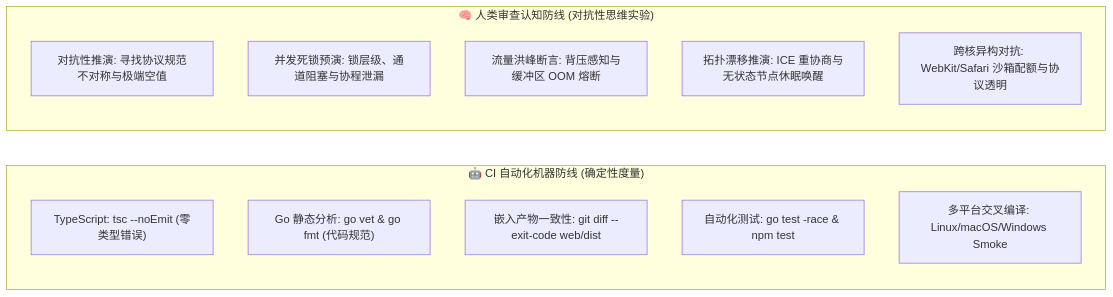
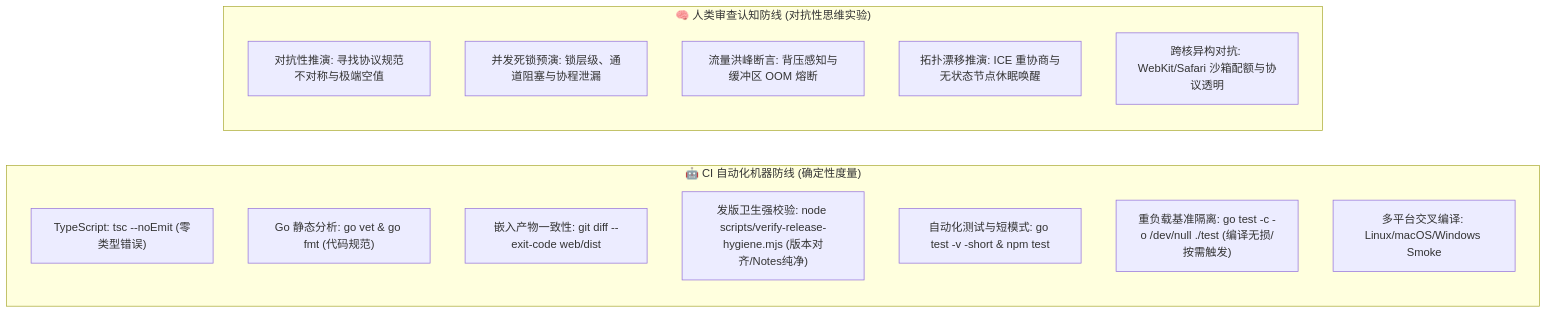
One commit to BeingNoAbility/WebRTC-Gateway changed the third of 5 diagrams in docs/REVIEW_GUIDELINES.md. Above: the diagram before and after it, drawn with Mermaid. The commit also changed other lines of this file and 8 other files, not shown here.

First line of the commit message:
fix(ci): transfer release hygiene checklist to machine gates and resolve CI test failures

````diff
--- a/docs/REVIEW_GUIDELINES.md
+++ b/docs/REVIEW_GUIDELINES.md
@@ -51,18 +51,20 @@
 ```mermaid
 flowchart LR
     subgraph Machine_Gate["🤖 CI 自动化机器防线 (确定性度量)"]
         M1["TypeScript: tsc --noEmit (零类型错误)"]
         M2["Go 静态分析: go vet & go fmt (代码规范)"]
         M3["嵌入产物一致性: git diff --exit-code web/dist"]
-        M4["自动化测试: go test -race & npm test"]
-        M5["多平台交叉编译: Linux/macOS/Windows Smoke"]
+        M4["发版卫生强校验: node scripts/verify-release-hygiene.mjs (版本对齐/Notes纯净)"]
+        M5["自动化测试与短模式: go test -v -short & npm test"]
+        M6["重负载基准隔离: go test -c -o /dev/null ./test (编译无损/按需触发)"]
+        M7["多平台交叉编译: Linux/macOS/Windows Smoke"]
     end
 
     subgraph Human_Gate["🧠 人类审查认知防线 (对抗性思维实验)"]
         H1["对抗性推演: 寻找协议规范不对称与极端空值"]
         H2["并发死锁预演: 锁层级、通道阻塞与协程泄漏"]
         H3["流量洪峰断言: 背压感知与缓冲区 OOM 熔断"]
         H4["拓扑漂移推演: ICE 重协商与无状态节点休眠唤醒"]
         H5["跨核异构对抗: WebKit/Safari 沙箱配额与协议透明"]
     end
 ```
````
